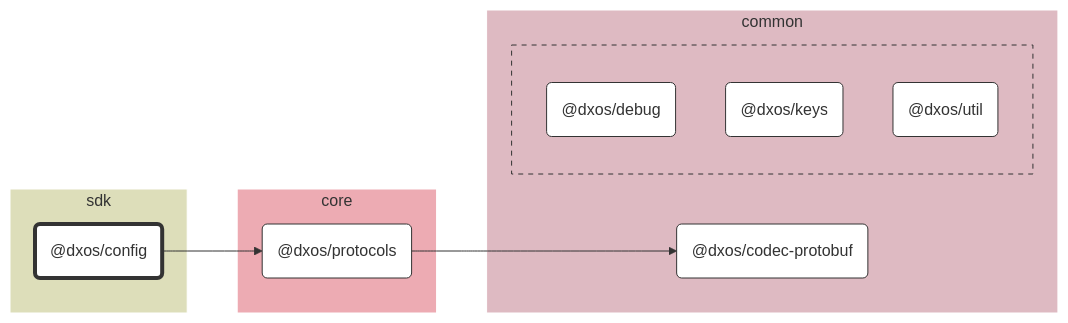
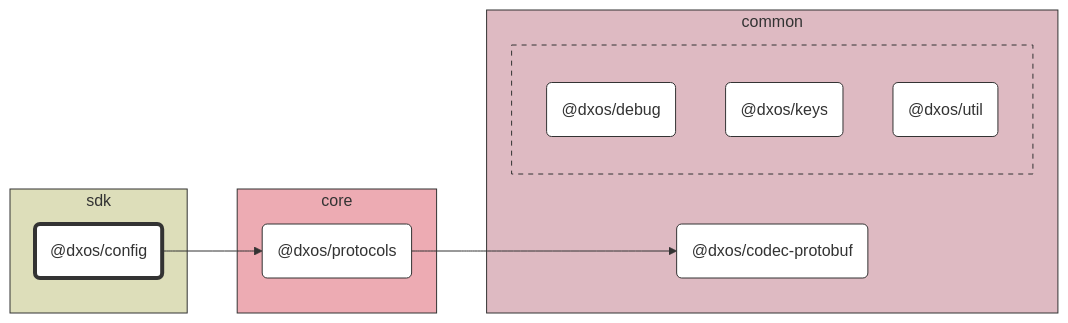
One commit to dxos/dxos changed the diagram in packages/sdk/config/docs/README.md. Above: the diagram before and after it, drawn with Mermaid. The commit also changed 89 other files, not shown here.

````diff
--- a/packages/sdk/config/docs/README.md
+++ b/packages/sdk/config/docs/README.md
@@ -7,44 +7,44 @@
 ```mermaid
 %%{ init: {'flowchart':{'curve':'basis'}} }%%
 
 flowchart LR
 
 %% Classes
 classDef def fill:#fff,stroke:#333,stroke-width:1px
 classDef root fill:#fff,stroke:#333,stroke-width:4px
 
 %% Nodes
 
 subgraph sdk [sdk]
-  style sdk fill:#dddeba,stroke:#fff
+  style sdk fill:#dddeba,stroke:#333
   dxos/config("@dxos/config"):::root
   click dxos/config "dxos/dxos/tree/main/packages/sdk/config/docs"
 end
 
 subgraph common [common]
-  style common fill:#debac2,stroke:#fff
+  style common fill:#debac2,stroke:#333
   dxos/codec-protobuf("@dxos/codec-protobuf"):::def
   click dxos/codec-protobuf "dxos/dxos/tree/main/packages/common/codec-protobuf/docs"
 
-  subgraph common-excluded [ ]
-    style common-excluded fill:#debac2,stroke:#333,stroke-dasharray:5 5
+  subgraph _ [ ]
+    style _ fill:#debac2,stroke:#333,stroke-dasharray:5 5
     dxos/debug("@dxos/debug"):::def
     click dxos/debug "dxos/dxos/tree/main/packages/common/debug/docs"
     dxos/keys("@dxos/keys"):::def
     click dxos/keys "dxos/dxos/tree/main/packages/common/keys/docs"
     dxos/util("@dxos/util"):::def
     click dxos/util "dxos/dxos/tree/main/packages/common/util/docs"
   end
 end
 
 subgraph core [core]
-  style core fill:#edabb3,stroke:#fff
+  style core fill:#edabb3,stroke:#333
   dxos/protocols("@dxos/protocols"):::def
   click dxos/protocols "dxos/dxos/tree/main/packages/core/protocols/docs"
 end
 
 %% Links
 linkStyle default stroke:#333,stroke-width:1px
 dxos/config --> dxos/protocols
 dxos/protocols --> dxos/codec-protobuf
 ```
````
